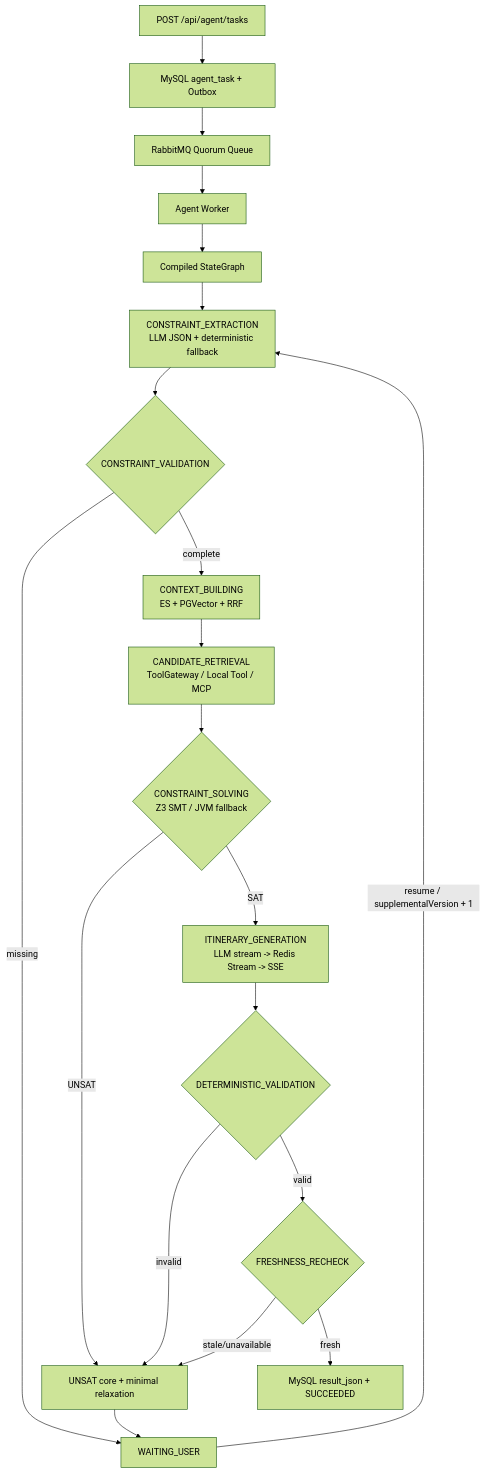
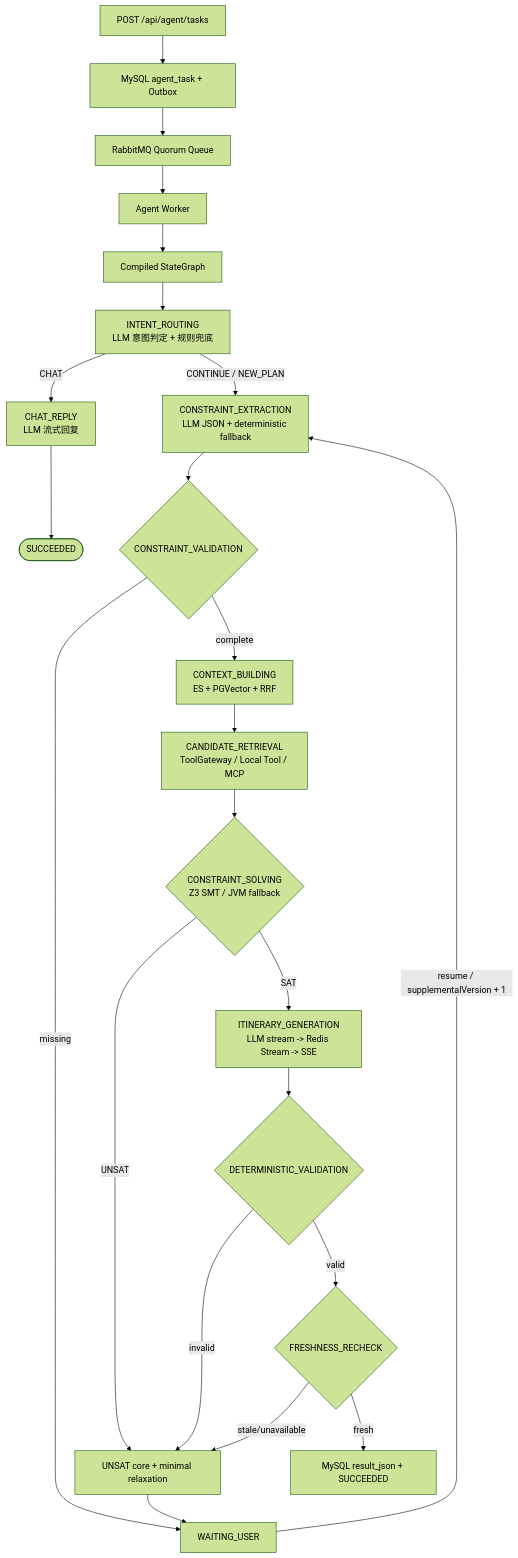
The diagram in docs/architecture/FORMAL-TRAVEL-WORKFLOW.md (37517968/TravelMind-AI), drawn with Mermaid (forest theme) before and after one commit. The commit also changed other lines of this file and 19 other files, not shown here.

First line of the commit message:
feat: 工作流入口新增 LLM 意图路由，闲聊不再索要目的地

````diff
--- a/docs/architecture/FORMAL-TRAVEL-WORKFLOW.md
+++ b/docs/architecture/FORMAL-TRAVEL-WORKFLOW.md
@@ -9,23 +9,26 @@
 ```mermaid
 flowchart TD
     API[POST /api/agent/tasks] --> TX[MySQL agent_task + Outbox]
     TX --> MQ[RabbitMQ Quorum Queue]
     MQ --> WORKER[Agent Worker]
     WORKER --> GRAPH[Compiled StateGraph]
 
-    GRAPH --> EXTRACT[CONSTRAINT_EXTRACTION\nLLM JSON + deterministic fallback]
+    GRAPH --> INTENT[INTENT_ROUTING\nLLM 意图判定 + 规则兜底]
+    INTENT -->|CHAT| CHATNODE[CHAT_REPLY\nLLM 流式回复]
+    CHATNODE --> DONE([SUCCEEDED])
+    INTENT -->|CONTINUE / NEW_PLAN| EXTRACT[CONSTRAINT_EXTRACTION\nLLM JSON + deterministic fallback]
     EXTRACT --> CHECK{CONSTRAINT_VALIDATION}
     CHECK -->|missing| WAIT[WAITING_USER]
     WAIT -->|resume / supplementalVersion + 1| EXTRACT
     CHECK -->|complete| CONTEXT[CONTEXT_BUILDING\nES + PGVector + RRF]
     CONTEXT --> CANDIDATES[CANDIDATE_RETRIEVAL\nToolGateway / Local Tool / MCP]
     CANDIDATES --> SOLVER{CONSTRAINT_SOLVING\nZ3 SMT / JVM fallback}
     SOLVER -->|UNSAT| RELAX[UNSAT core + minimal relaxation]
     RELAX --> WAIT
     SOLVER -->|SAT| GEN[ITINERARY_GENERATION\nLLM stream -> Redis Stream -> SSE]
     GEN --> VALIDATE{DETERMINISTIC_VALIDATION}
     VALIDATE -->|invalid| RELAX
     VALIDATE -->|valid| FRESH{FRESHNESS_RECHECK}
     FRESH -->|stale/unavailable| RELAX
     FRESH -->|fresh| RESULT[MySQL result_json + SUCCEEDED]
 ```
````
